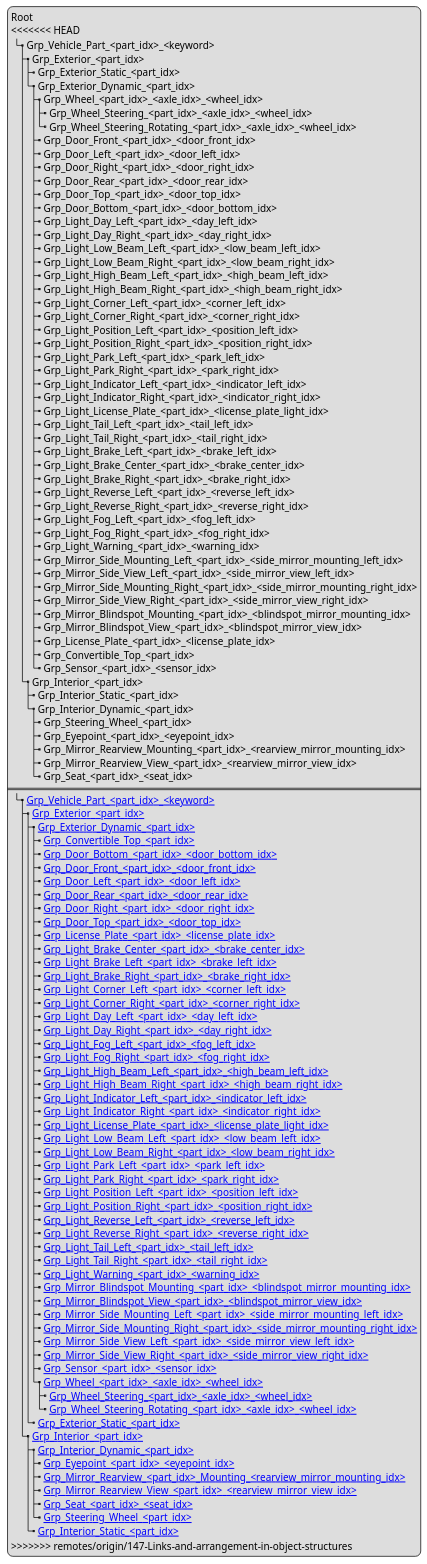
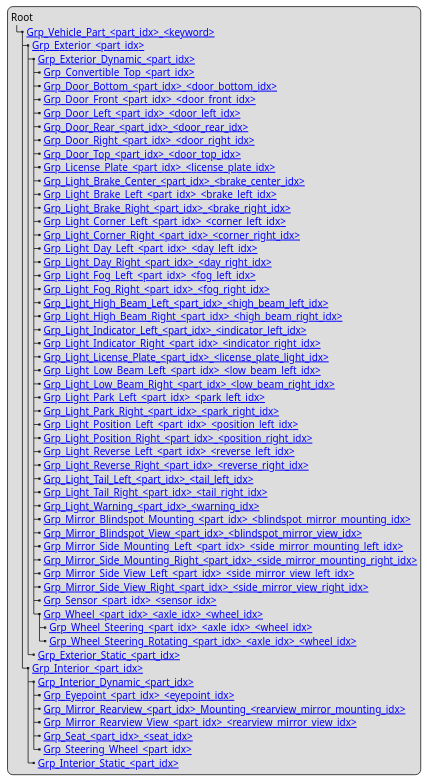
The diagram in content/geometry/object-vehicle/vehicle-structure.adoc (FKlopfer/OpenMATERIAL-3D), drawn with PlantUML before and after one commit.

Commit message:
Update merge conflict

```diff
--- a/content/geometry/object-vehicle/vehicle-structure.adoc
+++ b/content/geometry/object-vehicle/vehicle-structure.adoc
@@ -10,63 +10,6 @@
 ----
 legend
 Root
-<<<<<<< HEAD
-|_ Grp_Vehicle_Part_<part_idx>_<keyword>
-  |_ Grp_Exterior_<part_idx>
-    |_ Grp_Exterior_Static_<part_idx>
-    |_ Grp_Exterior_Dynamic_<part_idx>
-      |_ Grp_Wheel_<part_idx>_<axle_idx>_<wheel_idx>
-        |_ Grp_Wheel_Steering_<part_idx>_<axle_idx>_<wheel_idx>
-        |_ Grp_Wheel_Steering_Rotating_<part_idx>_<axle_idx>_<wheel_idx>
-      |_ Grp_Door_Front_<part_idx>_<door_front_idx>
-      |_ Grp_Door_Left_<part_idx>_<door_left_idx>
-      |_ Grp_Door_Right_<part_idx>_<door_right_idx>
-      |_ Grp_Door_Rear_<part_idx>_<door_rear_idx>
-      |_ Grp_Door_Top_<part_idx>_<door_top_idx>
-      |_ Grp_Door_Bottom_<part_idx>_<door_bottom_idx>
-      |_ Grp_Light_Day_Left_<part_idx>_<day_left_idx>
-      |_ Grp_Light_Day_Right_<part_idx>_<day_right_idx>
-      |_ Grp_Light_Low_Beam_Left_<part_idx>_<low_beam_left_idx>
-      |_ Grp_Light_Low_Beam_Right_<part_idx>_<low_beam_right_idx>
-      |_ Grp_Light_High_Beam_Left_<part_idx>_<high_beam_left_idx>
-      |_ Grp_Light_High_Beam_Right_<part_idx>_<high_beam_right_idx>
-      |_ Grp_Light_Corner_Left_<part_idx>_<corner_left_idx>
-      |_ Grp_Light_Corner_Right_<part_idx>_<corner_right_idx>
-      |_ Grp_Light_Position_Left_<part_idx>_<position_left_idx>
-      |_ Grp_Light_Position_Right_<part_idx>_<position_right_idx>
-      |_ Grp_Light_Park_Left_<part_idx>_<park_left_idx>
-      |_ Grp_Light_Park_Right_<part_idx>_<park_right_idx>
-      |_ Grp_Light_Indicator_Left_<part_idx>_<indicator_left_idx>
-      |_ Grp_Light_Indicator_Right_<part_idx>_<indicator_right_idx>
-      |_ Grp_Light_License_Plate_<part_idx>_<license_plate_light_idx>
-      |_ Grp_Light_Tail_Left_<part_idx>_<tail_left_idx>
-      |_ Grp_Light_Tail_Right_<part_idx>_<tail_right_idx>
-      |_ Grp_Light_Brake_Left_<part_idx>_<brake_left_idx>
-      |_ Grp_Light_Brake_Center_<part_idx>_<brake_center_idx>
-      |_ Grp_Light_Brake_Right_<part_idx>_<brake_right_idx>
-      |_ Grp_Light_Reverse_Left_<part_idx>_<reverse_left_idx>
-      |_ Grp_Light_Reverse_Right_<part_idx>_<reverse_right_idx>
-      |_ Grp_Light_Fog_Left_<part_idx>_<fog_left_idx>
-      |_ Grp_Light_Fog_Right_<part_idx>_<fog_right_idx>
-      |_ Grp_Light_Warning_<part_idx>_<warning_idx>
-      |_ Grp_Mirror_Side_Mounting_Left_<part_idx>_<side_mirror_mounting_left_idx>
-      |_ Grp_Mirror_Side_View_Left_<part_idx>_<side_mirror_view_left_idx>
-      |_ Grp_Mirror_Side_Mounting_Right_<part_idx>_<side_mirror_mounting_right_idx>
-      |_ Grp_Mirror_Side_View_Right_<part_idx>_<side_mirror_view_right_idx>
-      |_ Grp_Mirror_Blindspot_Mounting_<part_idx>_<blindspot_mirror_mounting_idx>
-      |_ Grp_Mirror_Blindspot_View_<part_idx>_<blindspot_mirror_view_idx>
-      |_ Grp_License_Plate_<part_idx>_<license_plate_idx>
-      |_ Grp_Convertible_Top_<part_idx>
-      |_ Grp_Sensor_<part_idx>_<sensor_idx>
-  |_ Grp_Interior_<part_idx>
-    |_ Grp_Interior_Static_<part_idx>
-    |_ Grp_Interior_Dynamic_<part_idx>
-      |_ Grp_Steering_Wheel_<part_idx>
-      |_ Grp_Eyepoint_<part_idx>_<eyepoint_idx>
-      |_ Grp_Mirror_Rearview_Mounting_<part_idx>_<rearview_mirror_mounting_idx>
-      |_ Grp_Mirror_Rearview_View_<part_idx>_<rearview_mirror_view_idx>
-      |_ Grp_Seat_<part_idx>_<seat_idx>
-=======
 |_ [[../geometry/object-classes.html#_grp_vehicle_part_part_idx_keyword Grp_Vehicle_Part_<part_idx>_<keyword>]]
   |_ [[../geometry/object-classes.html#_grp_exterior_part_idx Grp_Exterior_<part_idx>]]
     |_ [[../geometry/object-classes.html#_grp_exterior_dynamic_part_idx Grp_Exterior_Dynamic_<part_idx>]]
@@ -122,6 +65,5 @@
       |_ [[../geometry/object-classes.html#_grp_seat_part_idx_seat_idx Grp_Seat_<part_idx>_<seat_idx>]]
       |_ [[../geometry/object-classes.html#_grp_steering_wheel_part_idx Grp_Steering_Wheel_<part_idx>]]
     |_ [[../geometry/object-classes.html#_grp_interior_static_part_idx Grp_Interior_Static_<part_idx>]]
->>>>>>> remotes/origin/147-Links-and-arrangement-in-object-structures
 end legend
 ----
```
